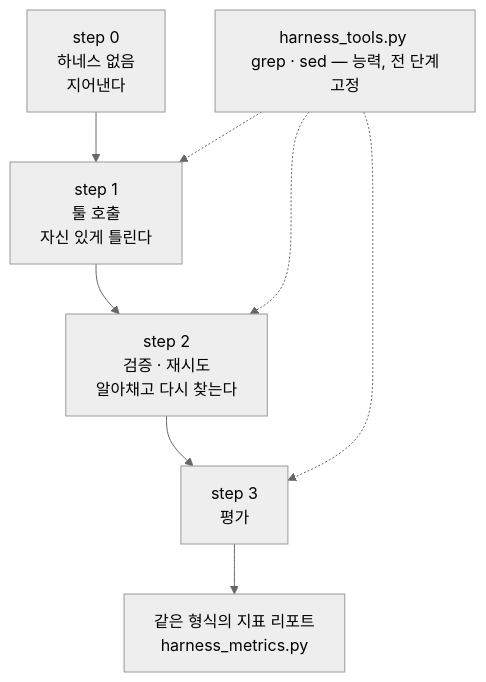
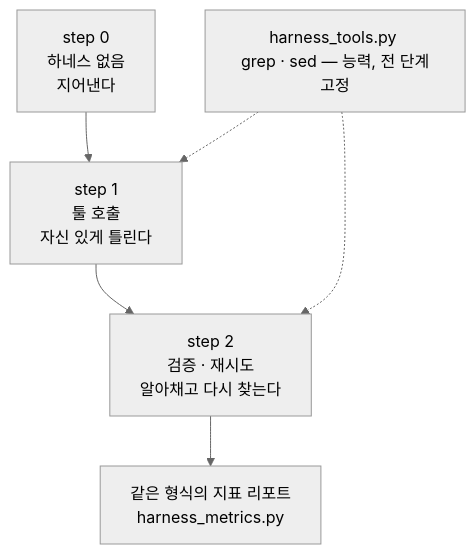
One commit to ivorycloud1013/lab-azure-hol-ai-services changed diagram 17 of 17 in python/README.md. Above: the diagram before and after it, drawn with Mermaid. The commit also changed other lines of this file and 12 other files, not shown here.

````diff
--- a/python/README.md
+++ b/python/README.md
@@ -1023,11 +1021,10 @@
 ```mermaid
 %%{init: {"theme": "neutral"}}%%
 flowchart TB
     CAP["harness_tools.py </br> grep · sed — 능력, 전 단계 고정"]
     S0["step 0 </br> 하네스 없음 </br> 지어낸다"] --> S1["step 1 </br> 툴 호출 </br> 자신 있게 틀린다"]
-    S1 --> S2["step 2 </br> 검증 · 재시도 </br> 알아채고 다시 찾는다"] --> S3["step 3 </br> 평가"]
+    S1 --> S2["step 2 </br> 검증 · 재시도 </br> 알아채고 다시 찾는다"]
     CAP -.-> S1
     CAP -.-> S2
-    CAP -.-> S3
-    S3 --> R["같은 형식의 지표 리포트 </br> harness_metrics.py"]
+    S2 --> R["같은 형식의 지표 리포트 </br> harness_metrics.py"]
 ```
````
